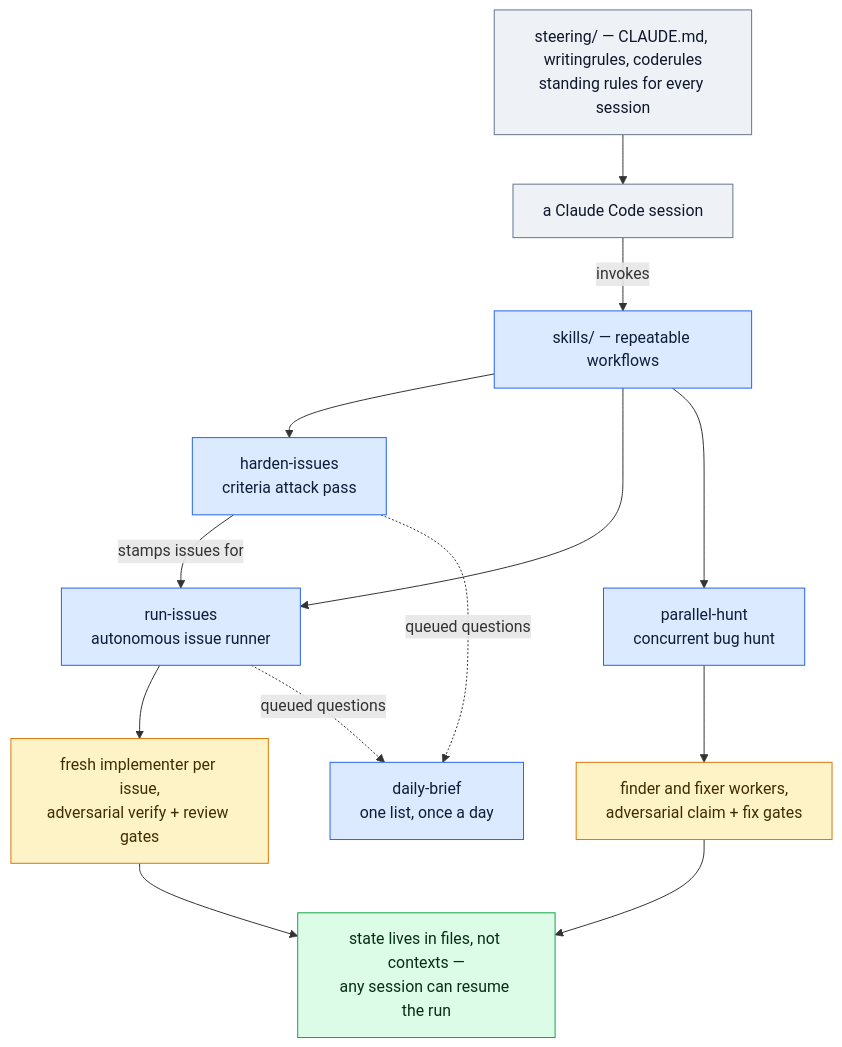
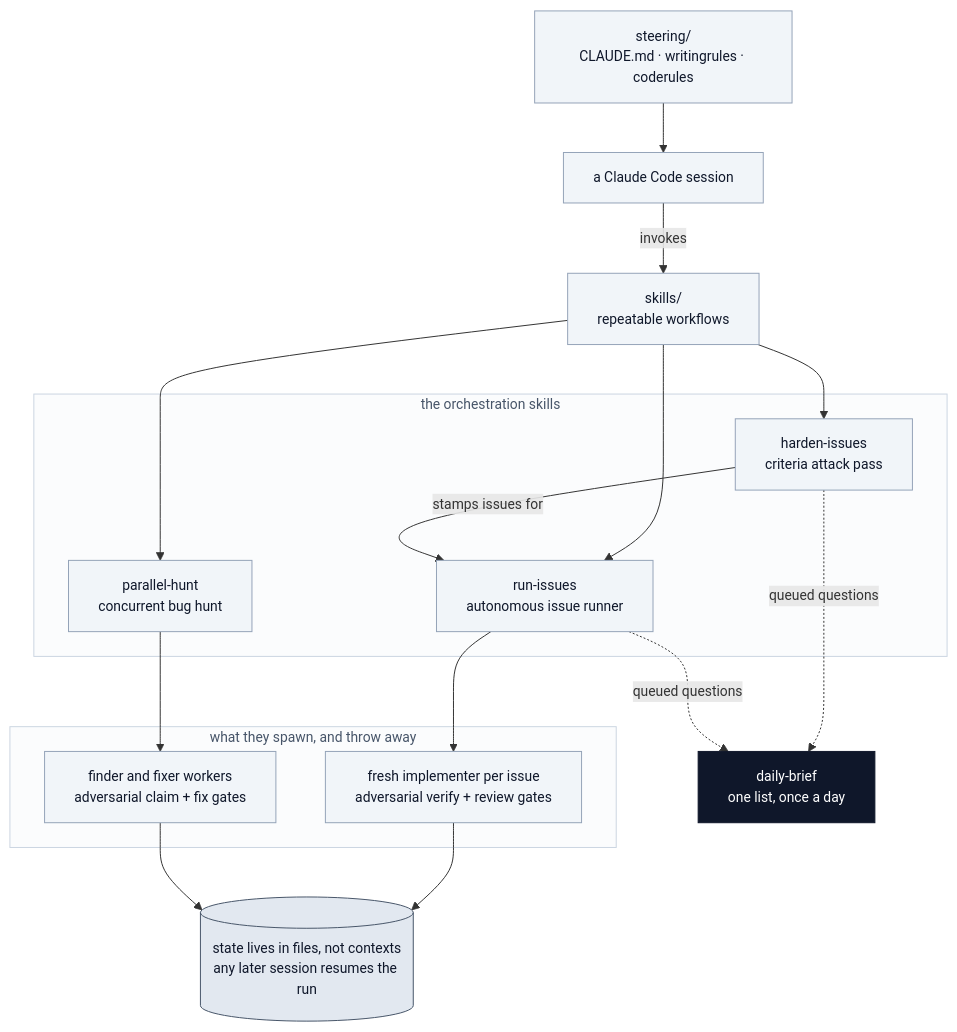
One commit to roufmlp/agent-skills changed the first of 3 diagrams in README.md. Above: the diagram before and after it, drawn with Mermaid. The commit also changed other lines of this file, not shown here.

First line of the commit message:
Rebuild the three README diagrams: real exits drawn, one palette

````diff
--- a/README.md
+++ b/README.md
@@ -16,24 +16,43 @@
 ```mermaid
+%%{init: {"flowchart": {"curve": "basis"}, "themeVariables": {"fontSize": "14px"}}}%%
 flowchart TD
-    ST["steering/ — CLAUDE.md, writingrules, coderules<br/>standing rules for every session"] --> SES["a Claude Code session"]
-    SES -->|invokes| SK["skills/ — repeatable workflows"]
-    SK --> HI["harden-issues<br/>criteria attack pass"]
-    SK --> RI["run-issues<br/>autonomous issue runner"]
-    SK --> PH["parallel-hunt<br/>concurrent bug hunt"]
+    ST["steering/<br/>CLAUDE.md · writingrules · coderules"]
+    SES["a Claude Code session"]
+    SK["skills/<br/>repeatable workflows"]
+
+    subgraph ORCH ["the orchestration skills"]
+        HI["harden-issues<br/>criteria attack pass"]
+        RI["run-issues<br/>autonomous issue runner"]
+        PH["parallel-hunt<br/>concurrent bug hunt"]
+    end
+
+    subgraph SPAWN ["what they spawn, and throw away"]
+        W1["fresh implementer per issue<br/>adversarial verify + review gates"]
+        W2["finder and fixer workers<br/>adversarial claim + fix gates"]
+    end
+
+    F[("state lives in files, not contexts<br/>any later session resumes the run")]
+    DB["daily-brief<br/>one list, once a day"]
+
+    ST --> SES
+    SES -->|invokes| SK
+    SK --> HI
+    SK --> RI
+    SK --> PH
     HI -->|stamps issues for| RI
-    RI --> W1["fresh implementer per issue,<br/>adversarial verify + review gates"]
-    PH --> W2["finder and fixer workers,<br/>adversarial claim + fix gates"]
-    W1 --> F["state lives in files, not contexts —<br/>any session can resume the run"]
+    RI --> W1
+    PH --> W2
+    W1 --> F
     W2 --> F
-    HI -.->|queued questions| DB["daily-brief<br/>one list, once a day"]
+    HI -.->|queued questions| DB
     RI -.->|queued questions| DB
 
-    classDef rule fill:#eef2f6,stroke:#64748b,color:#0f172a
-    classDef skill fill:#dbeafe,stroke:#2563eb,color:#0c1e3a
-    classDef worker fill:#fef3c7,stroke:#d97706,color:#3f2d02
-    classDef state fill:#dcfce7,stroke:#16a34a,color:#052e16
-    class ST,SES rule
-    class SK,HI,RI,PH,DB skill
-    class W1,W2 worker
-    class F state
+    classDef step fill:#F1F5F9,stroke:#94A3B8,stroke-width:1px,color:#0F172A
+    classDef keep fill:#E2E8F0,stroke:#475569,stroke-width:1px,color:#0F172A
+    classDef human fill:#0F172A,stroke:#0F172A,stroke-width:1px,color:#FFFFFF
+    class ST,SES,SK,HI,RI,PH,W1,W2 step
+    class F keep
+    class DB human
+    style ORCH fill:#FBFCFD,stroke:#CBD5E1,color:#475569
+    style SPAWN fill:#FBFCFD,stroke:#CBD5E1,color:#475569
 ```
````
